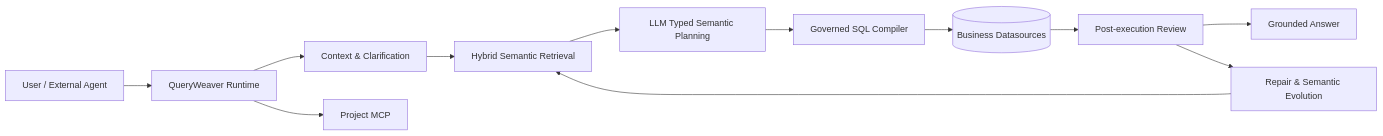
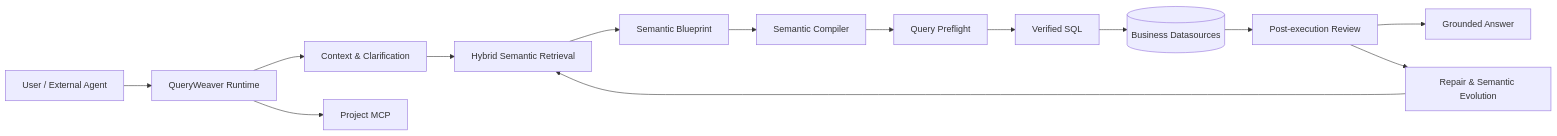
Before and after one commit to lgs0809/QueryWeaver: the diagram in README.md, drawn with Mermaid. The commit also changed other lines of this file and 3 other files, not shown here.

````diff
--- a/README.md
+++ b/README.md
@@ -36,14 +40,16 @@
 ```mermaid
 flowchart LR
     U[User / External Agent] --> R[QueryWeaver Runtime]
     R --> C[Context & Clarification]
     C --> S[Hybrid Semantic Retrieval]
-    S --> P[LLM Typed Semantic Planning]
-    P --> G[Governed SQL Compiler]
-    G --> D[(Business Datasources)]
+    S --> B[Semantic Blueprint]
+    B --> G[Semantic Compiler]
+    G --> P[Query Preflight]
+    P --> Q[Verified SQL]
+    Q --> D[(Business Datasources)]
     D --> V[Post-execution Review]
     V --> A[Grounded Answer]
     V --> E[Repair & Semantic Evolution]
     E --> S
     R --> M[Project MCP]
 ```
````
